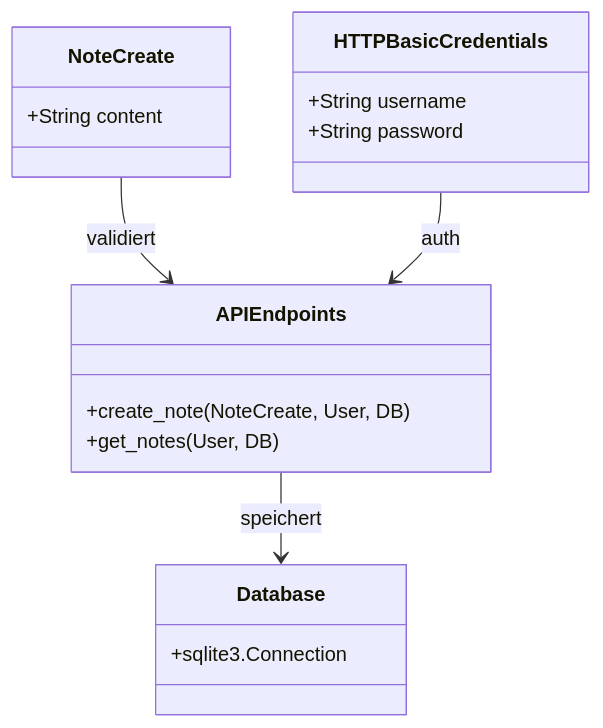
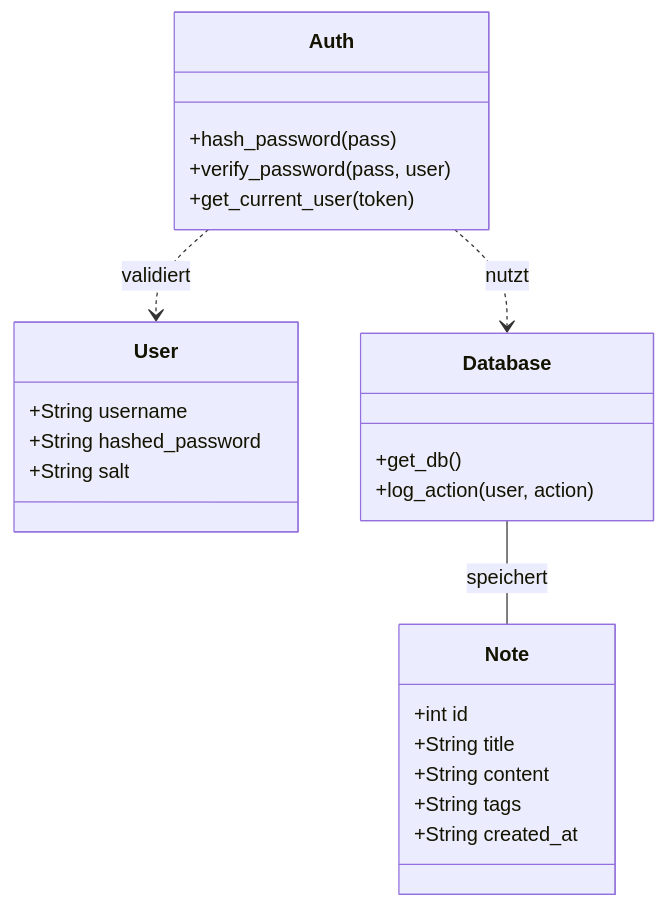
One commit to tim-gromeyer/LF11a-Secure-Notes changed the fourth of 4 diagrams in docs/uml.md. Above: the diagram before and after it, drawn with Mermaid. The commit also changed other lines of this file and 21 other files, not shown here.

````diff
--- a/docs/uml.md
+++ b/docs/uml.md
@@ -37,21 +71,31 @@
 ```mermaid
 classDiagram
-    class NoteCreate {
+    class Note {
+        +int id
+        +String title
         +String content
+        +String tags
+        +String created_at
     }
-    class HTTPBasicCredentials {
+    
+    class User {
         +String username
-        +String password
-    }
-    class APIEndpoints {
-        +create_note(NoteCreate, User, DB)
-        +get_notes(User, DB)
-    }
-    class Database {
-        +sqlite3.Connection
+        +String hashed_password
+        +String salt
     }
 
-    NoteCreate --> APIEndpoints : validiert
-    HTTPBasicCredentials --> APIEndpoints : auth
-    APIEndpoints --> Database : speichert
+    class Auth {
+        +hash_password(pass)
+        +verify_password(pass, user)
+        +get_current_user(token)
+    }
+
+    class Database {
+        +get_db()
+        +log_action(user, action)
+    }
+
+    Auth ..> User : validiert
+    Auth ..> Database : nutzt
+    Database -- Note : speichert
 ```
````
